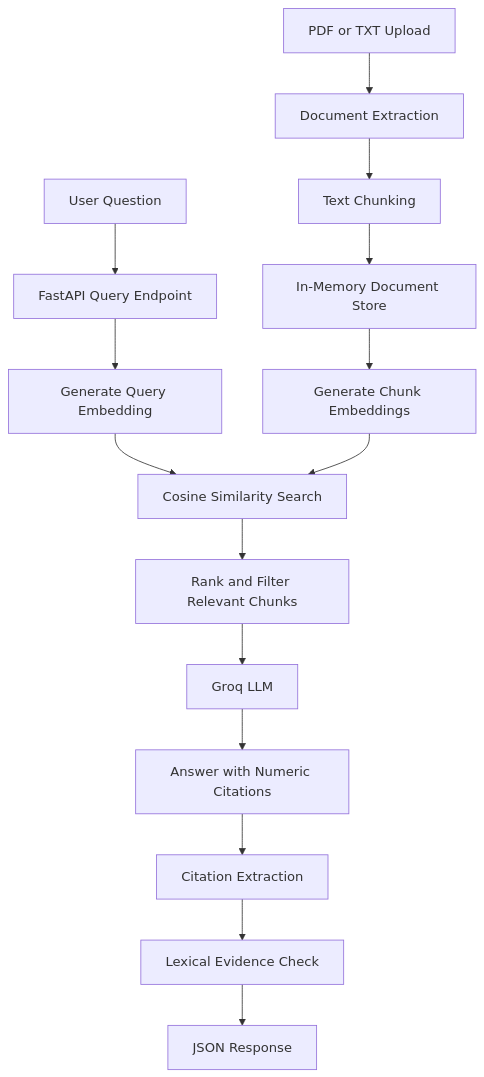
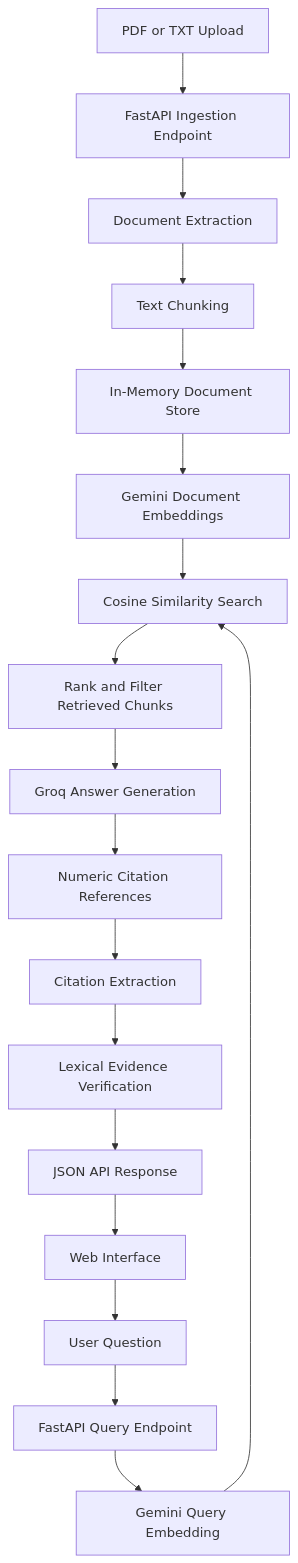
Before and after one commit to heeradeepsingh5252/rag-citations-assistant: the diagram in README.md, drawn with Mermaid. The commit also changed other lines of this file, not shown here.

Commit message:
Update README for Gemini embeddings and live UI

````diff
--- a/README.md
+++ b/README.md
@@ -30,18 +30,21 @@
 ```mermaid
 flowchart TD
-    A[PDF or TXT Upload] --> B[Document Extraction]
-    B --> C[Text Chunking]
-    C --> D[In-Memory Document Store]
+    A[PDF or TXT Upload] --> B[FastAPI Ingestion Endpoint]
+    B --> C[Document Extraction]
+    C --> D[Text Chunking]
+    D --> E[In-Memory Document Store]
 
-    E[User Question] --> F[FastAPI Query Endpoint]
-    F --> G[Generate Query Embedding]
-    D --> H[Generate Chunk Embeddings]
-    G --> I[Cosine Similarity Search]
-    H --> I
-    I --> J[Rank and Filter Relevant Chunks]
-    J --> K[Groq LLM]
-    K --> L[Answer with Numeric Citations]
-    L --> M[Citation Extraction]
-    M --> N[Lexical Evidence Check]
-    N --> O[JSON Response]
+    F[Web Interface] --> G[User Question]
+    G --> H[FastAPI Query Endpoint]
+    H --> I[Gemini Query Embedding]
+    E --> J[Gemini Document Embeddings]
+    I --> K[Cosine Similarity Search]
+    J --> K
+    K --> L[Rank and Filter Retrieved Chunks]
+    L --> M[Groq Answer Generation]
+    M --> N[Numeric Citation References]
+    N --> O[Citation Extraction]
+    O --> P[Lexical Evidence Verification]
+    P --> Q[JSON API Response]
+    Q --> F
 ```
````
